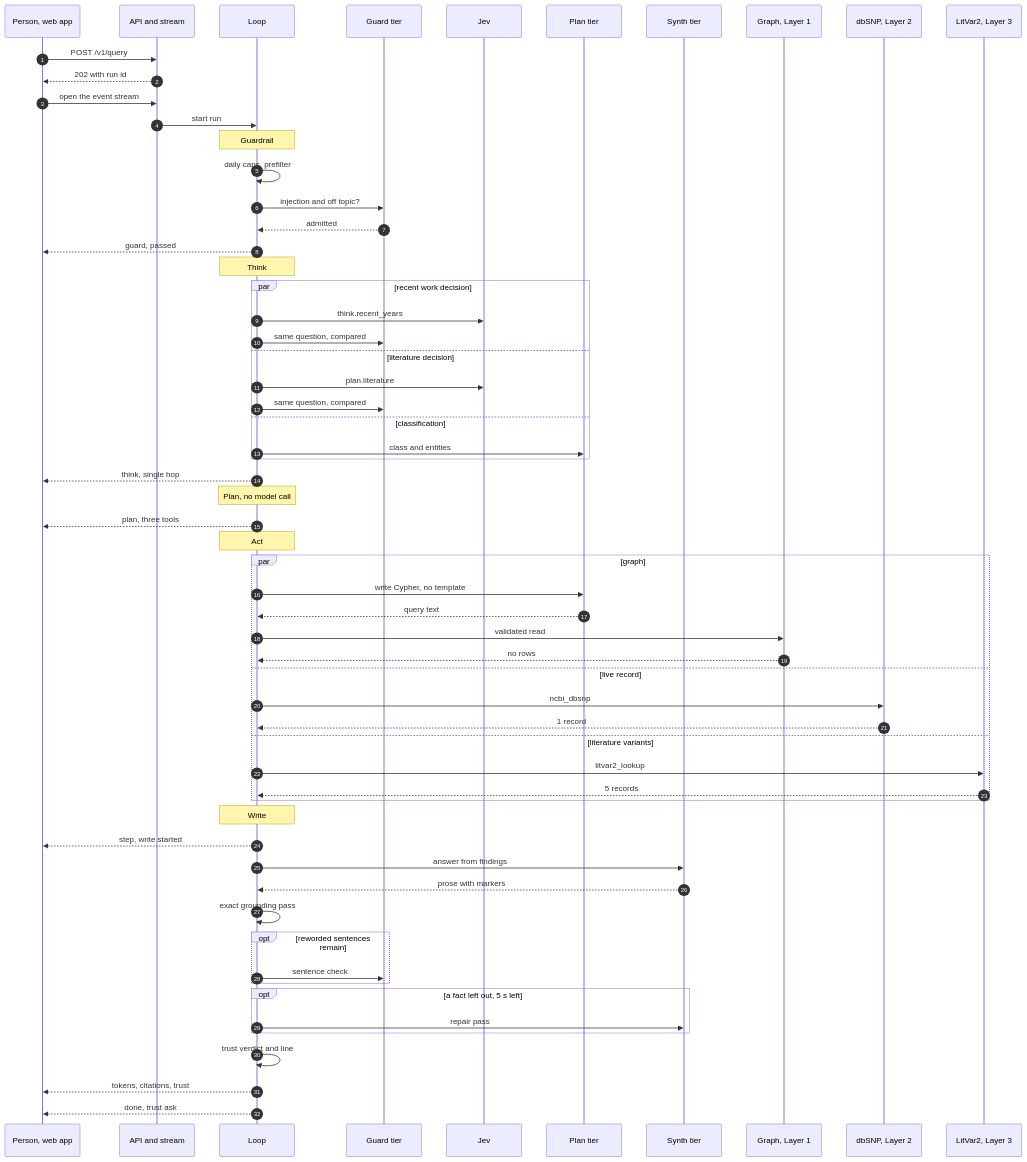
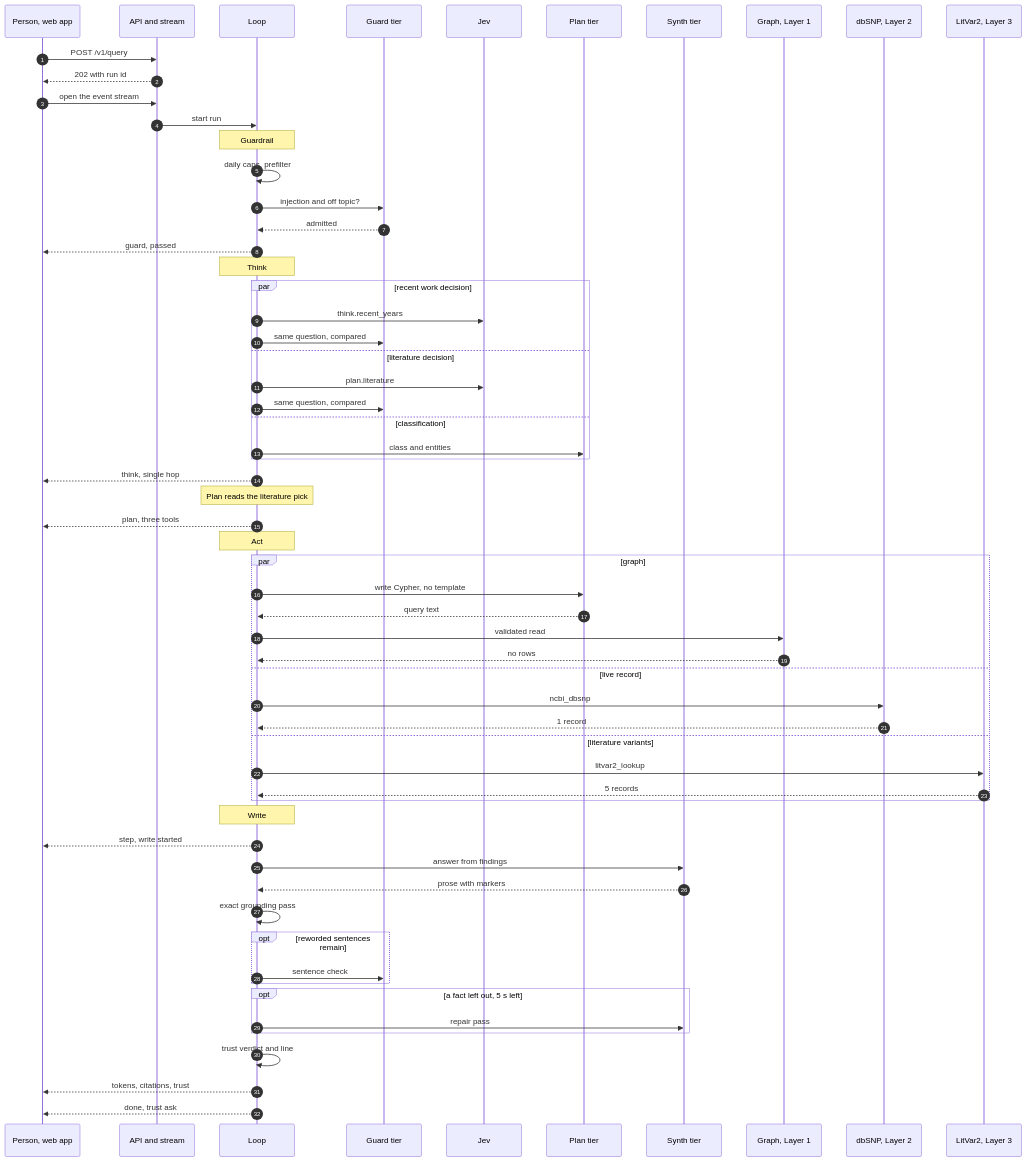
One commit to monideep2255/agentic-search-ui changed the ninth of 13 diagrams in visualizations/System_3_deep_dive.md. Above: the diagram before and after it, drawn with Mermaid. The commit also changed other lines of this file and 1 other file, not shown here.

First line of the commit message:
docs: the architecture diagram and the deep dive match the loop's model calls and the 30 s graph budget

````diff
--- a/visualizations/System_3_deep_dive.md
+++ b/visualizations/System_3_deep_dive.md
@@ -433,64 +438,64 @@
 ```mermaid
 sequenceDiagram
     autonumber
     participant P as Person, web app
     participant A as API and stream
     participant L as Loop
     participant GM as Guard tier
     participant J as Jev
     participant PM as Plan tier
     participant SM as Synth tier
     participant G1 as Graph, Layer 1
     participant D2 as dbSNP, Layer 2
     participant V3 as LitVar2, Layer 3
 
     P->>A: POST /v1/query
     A-->>P: 202 with run id
     P->>A: open the event stream
     A->>L: start run
     Note over L: Guardrail
     L->>L: daily caps, prefilter
     L->>GM: injection and off topic?
     GM-->>L: admitted
     L-->>P: guard, passed
     Note over L: Think
     par recent work decision
         L->>J: think.recent_years
         L->>GM: same question, compared
     and literature decision
         L->>J: plan.literature
         L->>GM: same question, compared
     and classification
         L->>PM: class and entities
     end
     L-->>P: think, single hop
-    Note over L: Plan, no model call
+    Note over L: Plan reads the literature pick
     L-->>P: plan, three tools
     Note over L: Act
     par graph
         L->>PM: write Cypher, no template
         PM-->>L: query text
         L->>G1: validated read
         G1-->>L: no rows
     and live record
         L->>D2: ncbi_dbsnp
         D2-->>L: 1 record
     and literature variants
         L->>V3: litvar2_lookup
         V3-->>L: 5 records
     end
     Note over L: Write
     L-->>P: step, write started
     L->>SM: answer from findings
     SM-->>L: prose with markers
     L->>L: exact grounding pass
     opt reworded sentences remain
         L->>GM: sentence check
     end
     opt a fact left out, 5 s left
         L->>SM: repair pass
     end
     L->>L: trust verdict and line
     L-->>P: tokens, citations, trust
     L-->>P: done, trust ask
 ```
````
